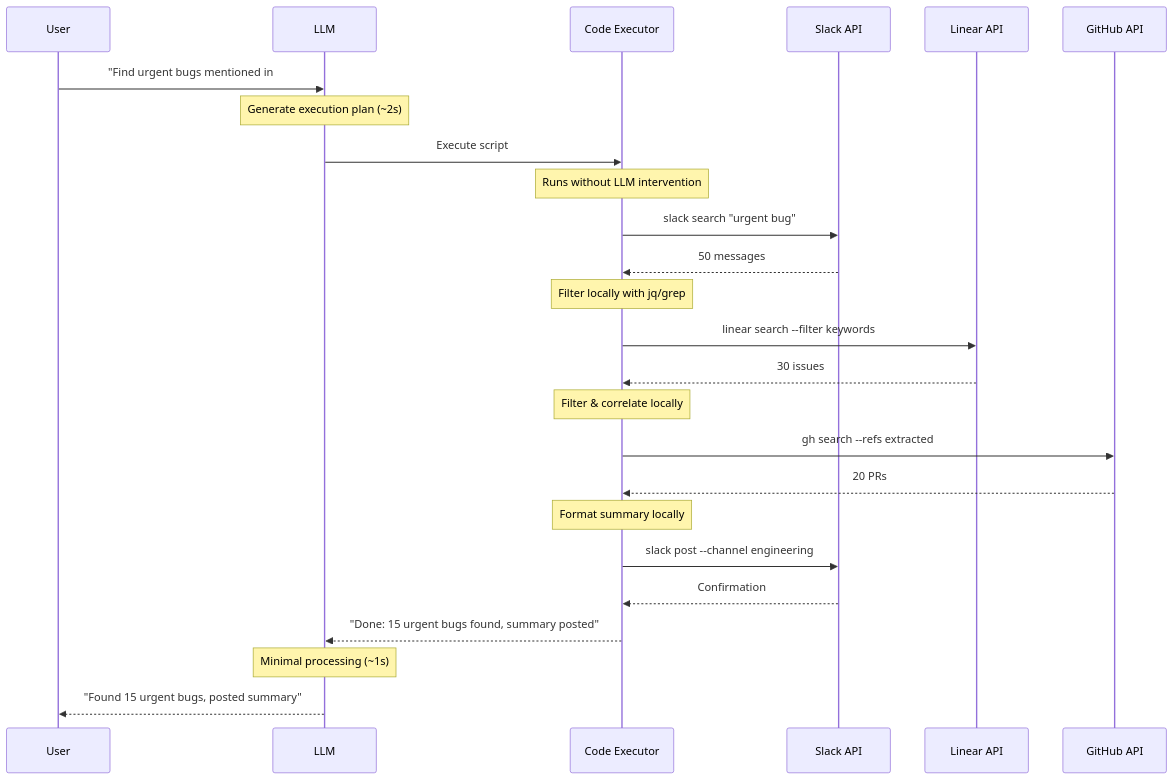
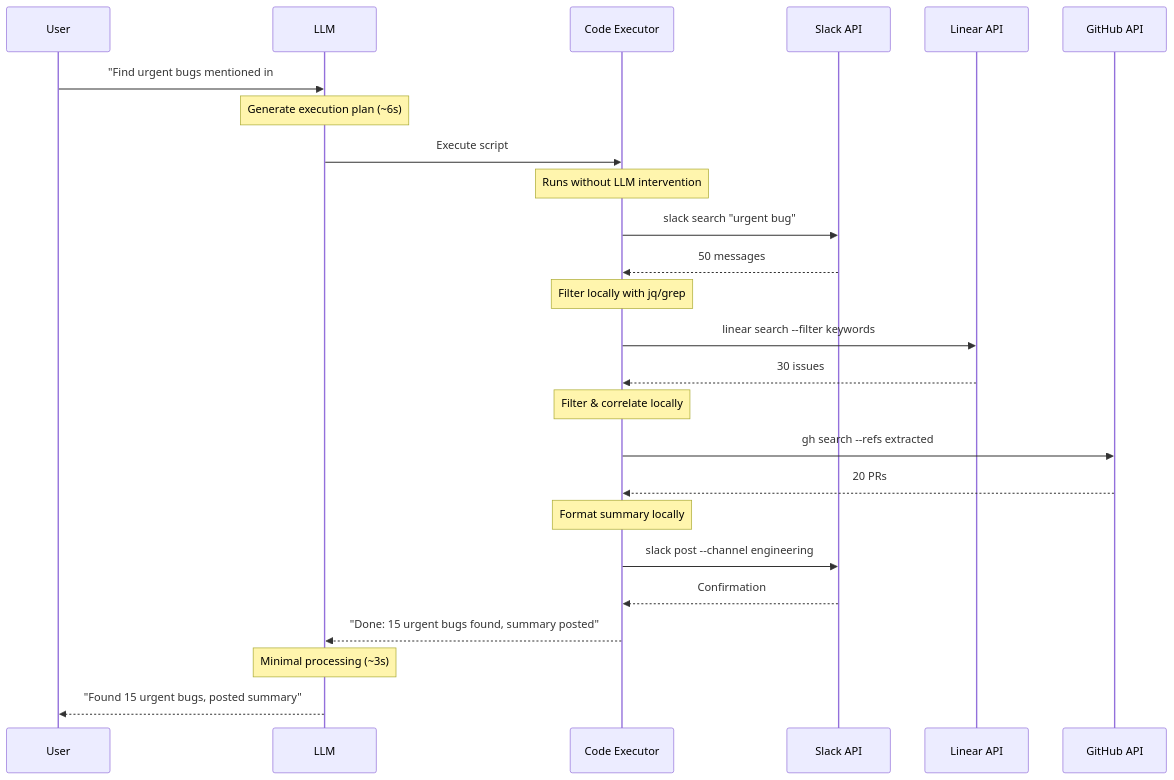
The second of 2 diagrams in time-travel-latency.md (kb4ai/mcp-considered-suboptimal-pub-kb), drawn with Mermaid before and after one commit. The commit also changed other lines of this file, not shown here.

First line of the commit message:
Increase LLM latency estimates 3x for realistic context windows

````diff
--- a/time-travel-latency.md
+++ b/time-travel-latency.md
@@ -79,35 +79,35 @@
 ```mermaid
 sequenceDiagram
     participant User
     participant LLM
     participant Executor as Code Executor
     participant API1 as Slack API
     participant API2 as Linear API
     participant API3 as GitHub API
 
     User->>LLM: "Find urgent bugs mentioned in #engineering"
 
-    Note over LLM: Generate execution plan (~2s)
+    Note over LLM: Generate execution plan (~6s)
     LLM->>Executor: Execute script
 
     Note over Executor: Runs without LLM intervention
     Executor->>API1: slack search "urgent bug"
     API1-->>Executor: 50 messages
 
     Note over Executor: Filter locally with jq/grep
     Executor->>API2: linear search --filter keywords
     API2-->>Executor: 30 issues
 
     Note over Executor: Filter & correlate locally
     Executor->>API3: gh search --refs extracted
     API3-->>Executor: 20 PRs
 
     Note over Executor: Format summary locally
     Executor->>API1: slack post --channel engineering
     API1-->>Executor: Confirmation
 
     Executor-->>LLM: "Done: 15 urgent bugs found, summary posted"
 
-    Note over LLM: Minimal processing (~1s)
+    Note over LLM: Minimal processing (~3s)
     LLM-->>User: "Found 15 urgent bugs, posted summary"
 ```
````
